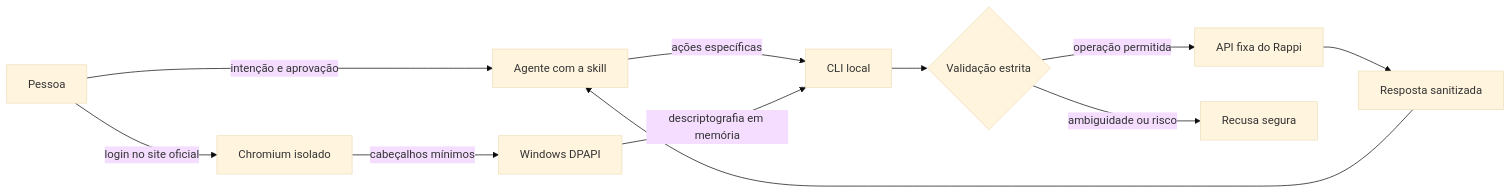
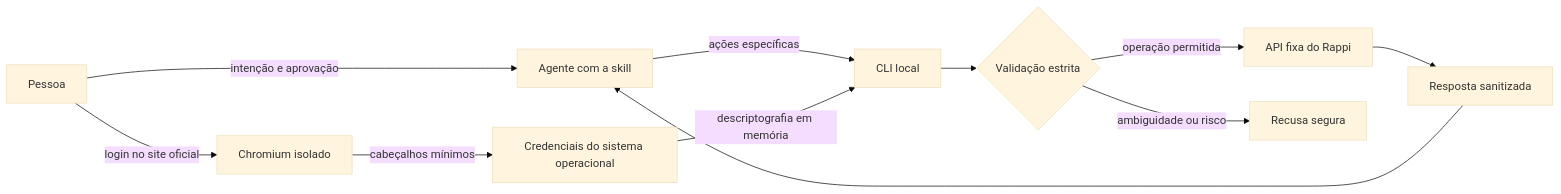
The second of 2 diagrams in README.md (bruno-1337/rappi-skill), drawn with Mermaid (base theme) before and after one commit. The commit also changed other lines of this file and 8 other files, not shown here.

````diff
--- a/README.md
+++ b/README.md
@@ -157,14 +159,14 @@
 ```mermaid
 flowchart LR
     U[Pessoa] -->|intenção e aprovação| A[Agente com a skill]
     A -->|ações específicas| C[CLI local]
     C --> V{Validação estrita}
     V -->|operação permitida| R[API fixa do Rappi]
     V -->|ambiguidade ou risco| X[Recusa segura]
     R --> Z[Resposta sanitizada]
     Z --> A
 
     U -->|login no site oficial| B[Chromium isolado]
-    B -->|cabeçalhos mínimos| D[Windows DPAPI]
+    B -->|cabeçalhos mínimos| D[Credenciais do sistema operacional]
     D -->|descriptografia em memória| C
 ```
````
